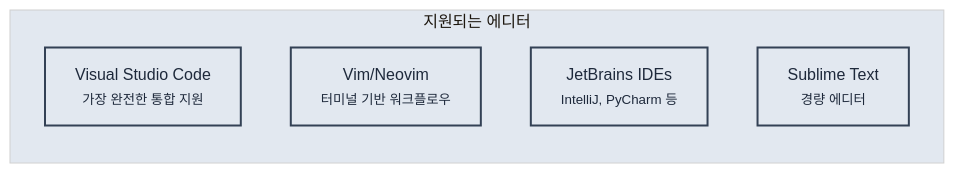
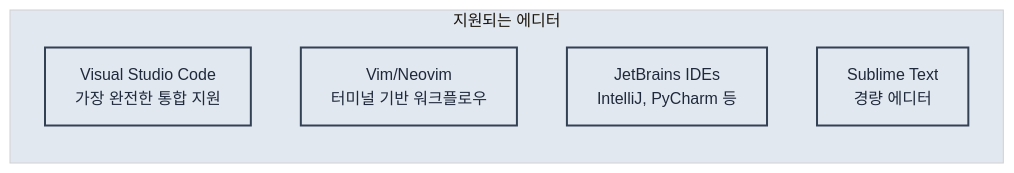
One commit to revfactory/claude-code-mastering changed the fourth of 6 diagrams in book/02-chapter2.md. Above: the diagram before and after it, drawn with Mermaid. The commit also changed other lines of this file and 10 other files, not shown here.

First line of the commit message:
fix: 챕터 2-13 Mermaid 다이어그램 텍스트 렌더링 최적화

````diff
--- a/book/02-chapter2.md
+++ b/book/02-chapter2.md
@@ -317,14 +317,14 @@
 ```mermaid
-%%{init: {"theme": "base", "themeVariables": {"primaryColor": "#f8fafc", "primaryTextColor": "#1e293b", "primaryBorderColor": "#e2e8f0", "lineColor": "#94a3b8", "secondaryColor": "#f1f5f9", "tertiaryColor": "#e2e8f0"}}}%%
+%%{init: {"theme": "base", "themeVariables": {"primaryColor": "#f8fafc", "primaryTextColor": "#1e293b", "primaryBorderColor": "#e2e8f0", "lineColor": "#94a3b8", "secondaryColor": "#f1f5f9", "tertiaryColor": "#e2e8f0"}, "flowchart": {"htmlLabels": false, "useMaxWidth": false}}}%%
 graph LR
     subgraph editors ["지원되는 에디터"]
-        A["Visual Studio Code<br/><small>가장 완전한 통합 지원</small>"]
-        B["Vim/Neovim<br/><small>터미널 기반 워크플로우</small>"]
-        C["JetBrains IDEs<br/><small>IntelliJ, PyCharm 등</small>"]
-        D["Sublime Text<br/><small>경량 에디터</small>"]
+        A["Visual Studio Code<br/>가장 완전한 통합 지원"]
+        B["Vim/Neovim<br/>터미널 기반 워크플로우"]
+        C["JetBrains IDEs<br/>IntelliJ, PyCharm 등"]
+        D["Sublime Text<br/>경량 에디터"]
     end
     
     classDef editorStyle fill:#e2e8f0,stroke:#334155,stroke-width:2px,color:#1e293b
     
     class A,B,C,D editorStyle
 ```
````
